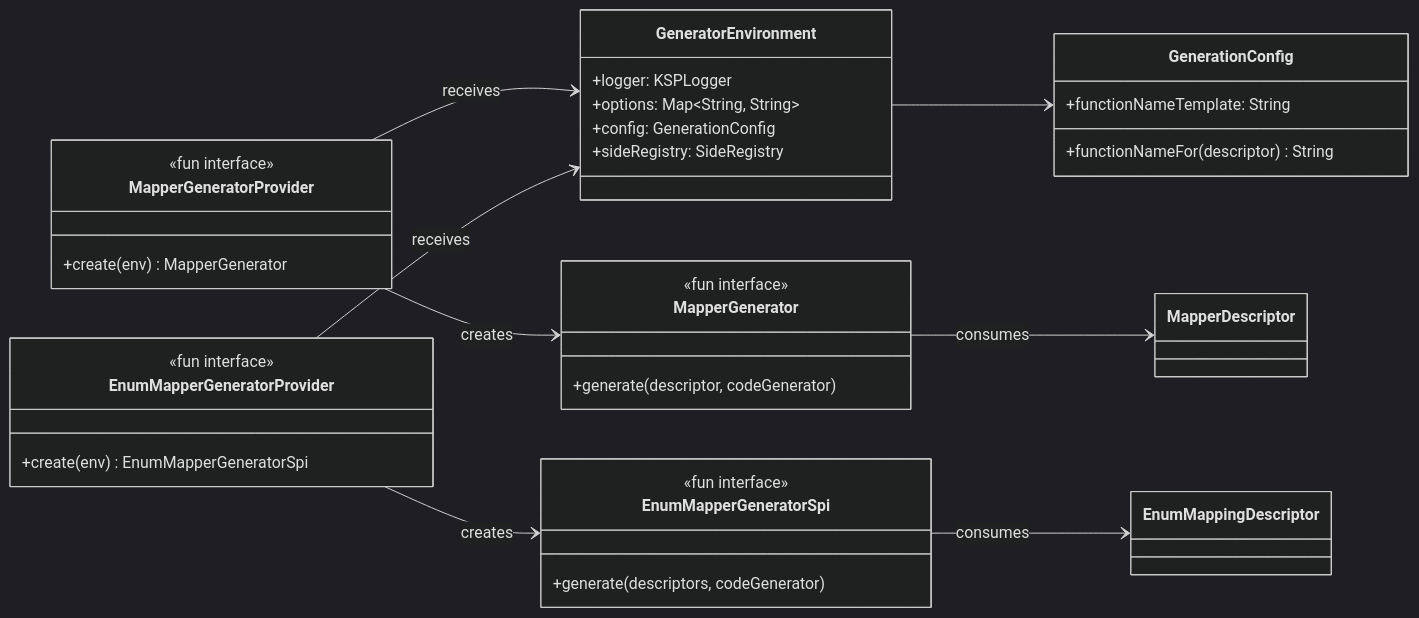
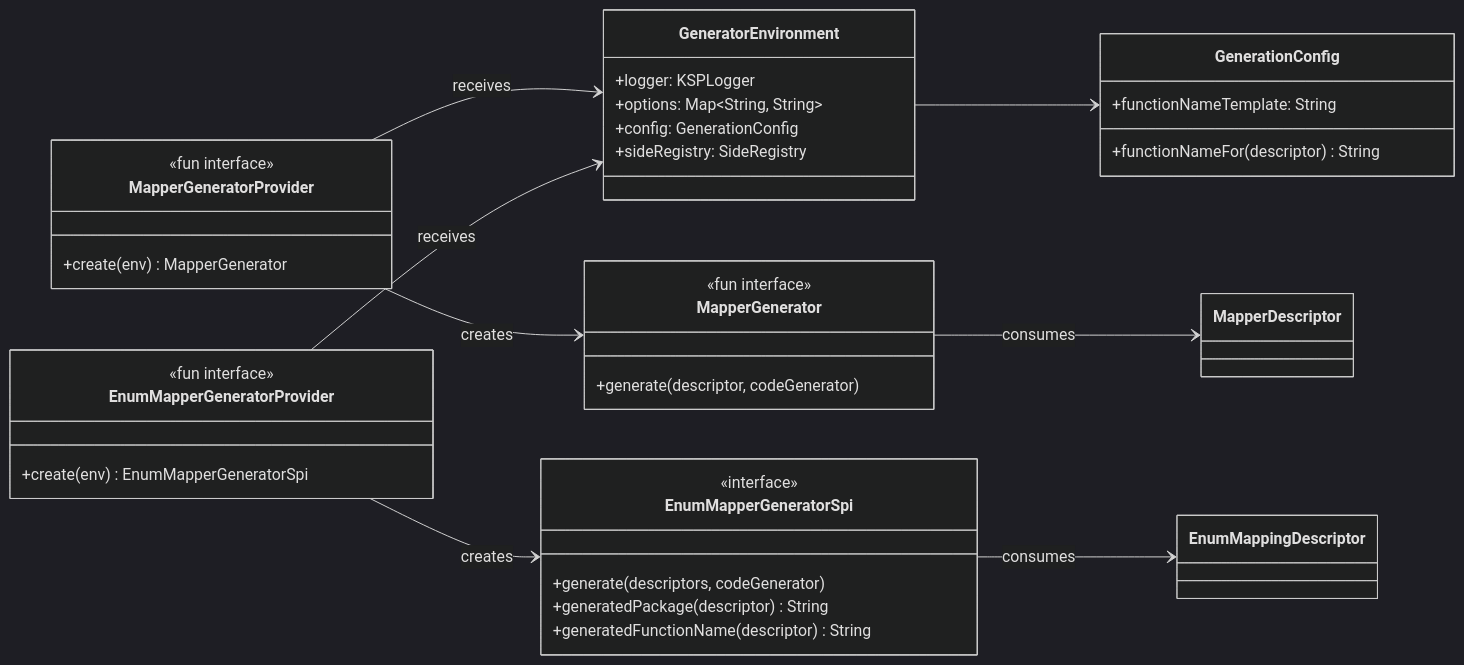
One commit to blu3berry-why/Kraft changed the first of 3 diagrams in docs/developer-guide/custom-code-generator.md. Above: the diagram before and after it, drawn with Mermaid (dark theme). The commit also changed other lines of this file, not shown here.

First line of the commit message:
docs: correct EnumMapperGeneratorSpi shape in SPI diagram and sample

````diff
--- a/docs/developer-guide/custom-code-generator.md
+++ b/docs/developer-guide/custom-code-generator.md
@@ -38,41 +38,43 @@
 ```mermaid
 classDiagram
     direction LR
 
     class MapperGeneratorProvider {
         <<fun interface>>
         +create(env) MapperGenerator
     }
     class GeneratorEnvironment {
         +logger: KSPLogger
         +options: Map~String, String~
         +config: GenerationConfig
         +sideRegistry: SideRegistry
     }
     class GenerationConfig {
         +functionNameTemplate: String
         +functionNameFor(descriptor) String
     }
     class MapperGenerator {
         <<fun interface>>
         +generate(descriptor, codeGenerator)
     }
 
     class EnumMapperGeneratorProvider {
         <<fun interface>>
         +create(env) EnumMapperGeneratorSpi
     }
     class EnumMapperGeneratorSpi {
-        <<fun interface>>
+        <<interface>>
         +generate(descriptors, codeGenerator)
+        +generatedPackage(descriptor) String
+        +generatedFunctionName(descriptor) String
     }
 
     MapperGeneratorProvider --> GeneratorEnvironment : receives
     MapperGeneratorProvider --> MapperGenerator : creates
     GeneratorEnvironment --> GenerationConfig
     MapperGenerator --> MapperDescriptor : consumes
 
     EnumMapperGeneratorProvider --> GeneratorEnvironment : receives
     EnumMapperGeneratorProvider --> EnumMapperGeneratorSpi : creates
     EnumMapperGeneratorSpi --> EnumMappingDescriptor : consumes
 ```
````
